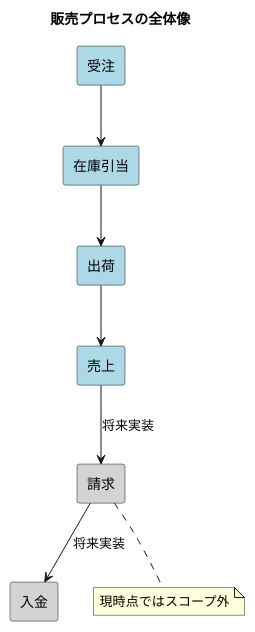
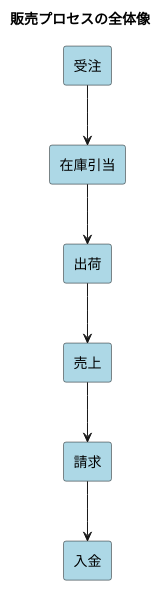
One commit to k2works/case-study-sales changed the fourth of 21 diagrams in docs/article/chapter06.md. Above: the diagram before and after it, drawn with PlantUML. The commit also changed other lines of this file and 7 other files, not shown here.

````diff
--- a/docs/article/chapter06.md
+++ b/docs/article/chapter06.md
@@ -199,23 +199,19 @@
 ```plantuml
 @startuml
 title 販売プロセスの全体像
 
 rectangle "受注" as order #lightblue
 rectangle "在庫引当" as alloc #lightblue
 rectangle "出荷" as ship #lightblue
 rectangle "売上" as sales #lightblue
-rectangle "請求" as invoice #lightgray
-rectangle "入金" as payment #lightgray
+rectangle "請求" as invoice #lightblue
+rectangle "入金" as payment #lightblue
 
 order --> alloc
 alloc --> ship
 ship --> sales
-sales --> invoice : "将来実装"
-invoice --> payment : "将来実装"
-
-note bottom of invoice
-  現時点ではスコープ外
-end note
+sales --> invoice
+invoice --> payment
 
 @enduml
 ```
````
